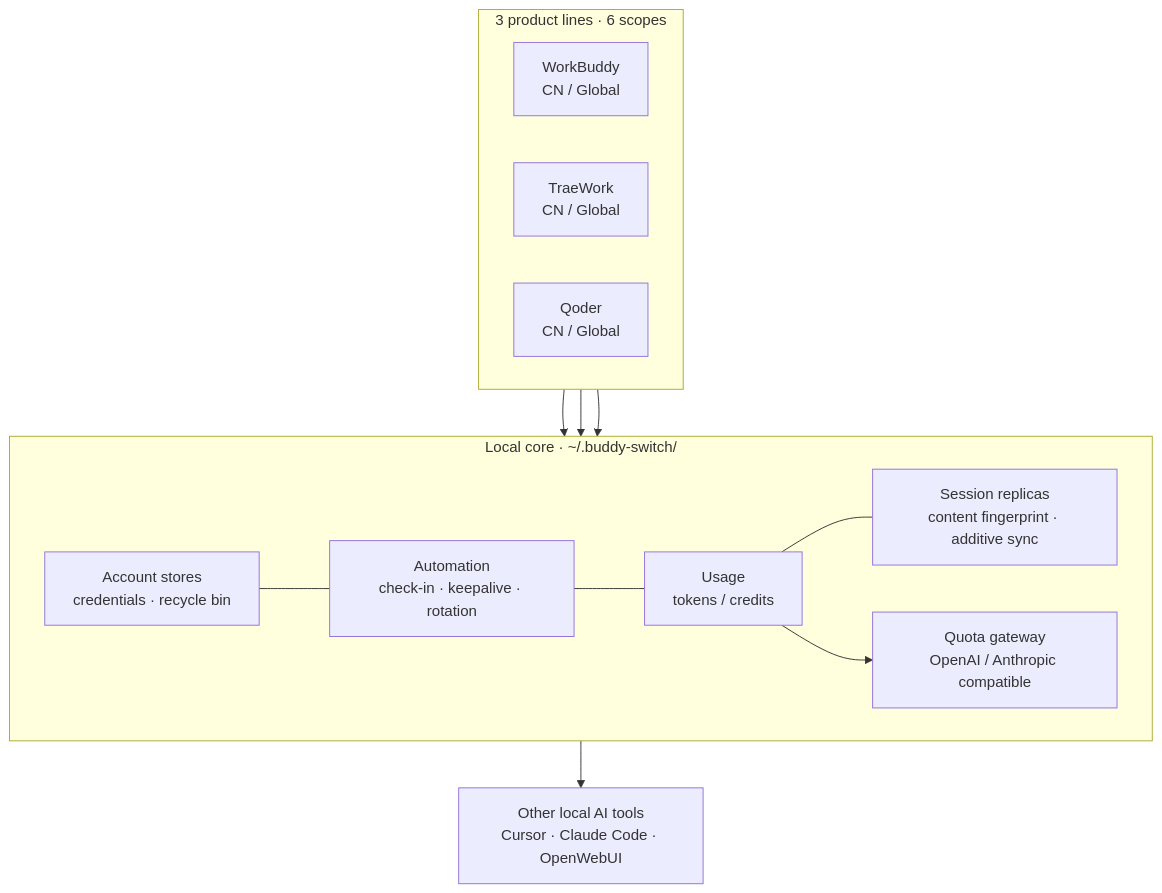
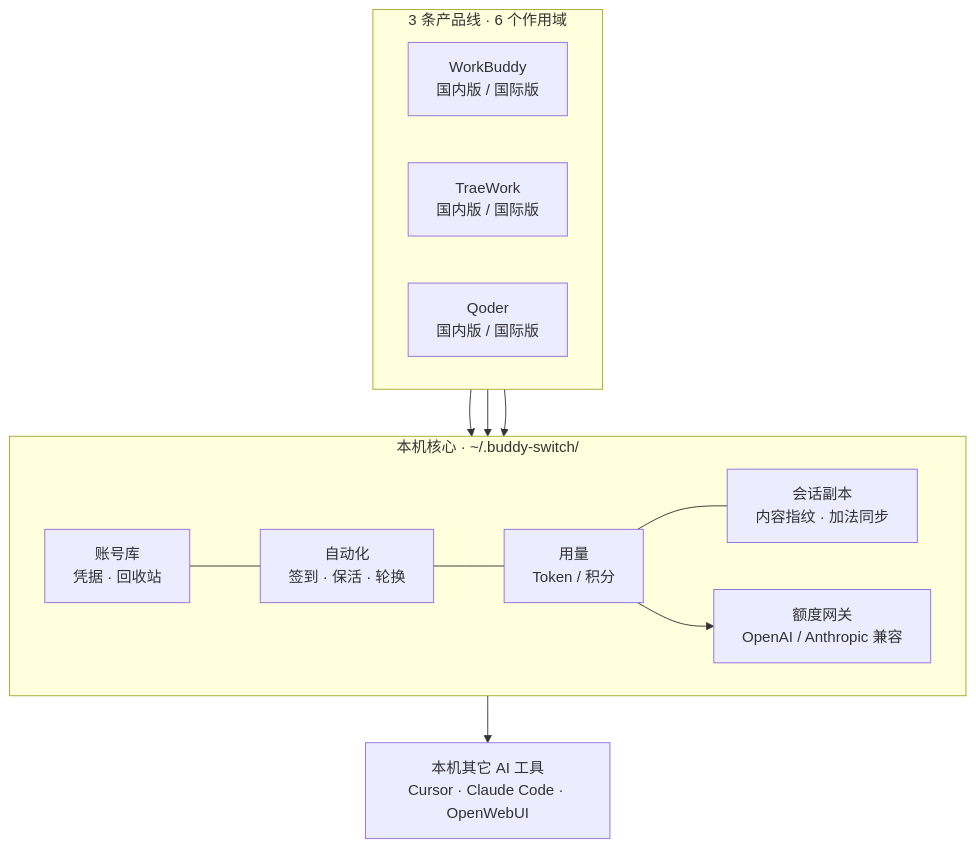
Before and after one commit to LittleOrange-i/trae-workbuddy-switch: the first of 4 diagrams in README.md, drawn with Mermaid. The commit also changed other lines of this file and 7 other files, not shown here.

````diff
--- a/README.md
+++ b/README.md
@@ -162,23 +160,23 @@
 ```mermaid
 flowchart TB
-    subgraph SRC["3 product lines · 6 scopes"]
+    subgraph SRC["3 条产品线 · 6 个作用域"]
         direction LR
-        WB["WorkBuddy<br/>CN / Global"]
-        TR["TraeWork<br/>CN / Global"]
-        QD["Qoder<br/>CN / Global"]
+        WB["WorkBuddy<br/>国内版 / 国际版"]
+        TR["TraeWork<br/>国内版 / 国际版"]
+        QD["Qoder<br/>国内版 / 国际版"]
     end
-    subgraph CORE["Local core · ~/.buddy-switch/"]
+    subgraph CORE["本机核心 · ~/.buddy-switch/"]
         direction LR
-        AC["Account stores<br/>credentials · recycle bin"]
-        AU["Automation<br/>check-in · keepalive · rotation"]
-        US["Usage<br/>tokens / credits"]
-        SE["Session replicas<br/>content fingerprint · additive sync"]
-        GW["Quota gateway<br/>OpenAI / Anthropic compatible"]
+        AC["账号库<br/>凭据 · 回收站"]
+        AU["自动化<br/>签到 · 保活 · 轮换"]
+        US["用量<br/>Token / 积分"]
+        SE["会话副本<br/>内容指纹 · 加法同步"]
+        GW["额度网关<br/>OpenAI / Anthropic 兼容"]
     end
     WB --> AC
     TR --> AC
     QD --> AC
     AC --- AU --- US --- SE
     US --> GW
-    GW --> OUT["Other local AI tools<br/>Cursor · Claude Code · OpenWebUI"]
+    GW --> OUT["本机其它 AI 工具<br/>Cursor · Claude Code · OpenWebUI"]
 ```
````
